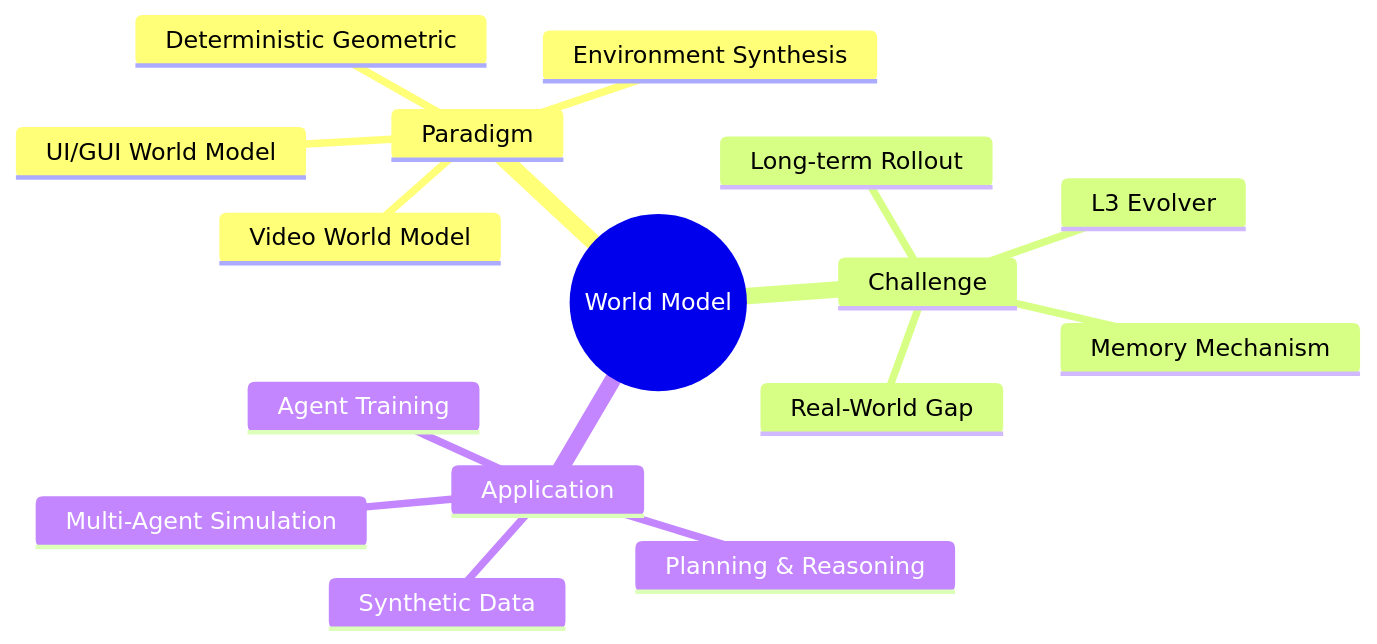
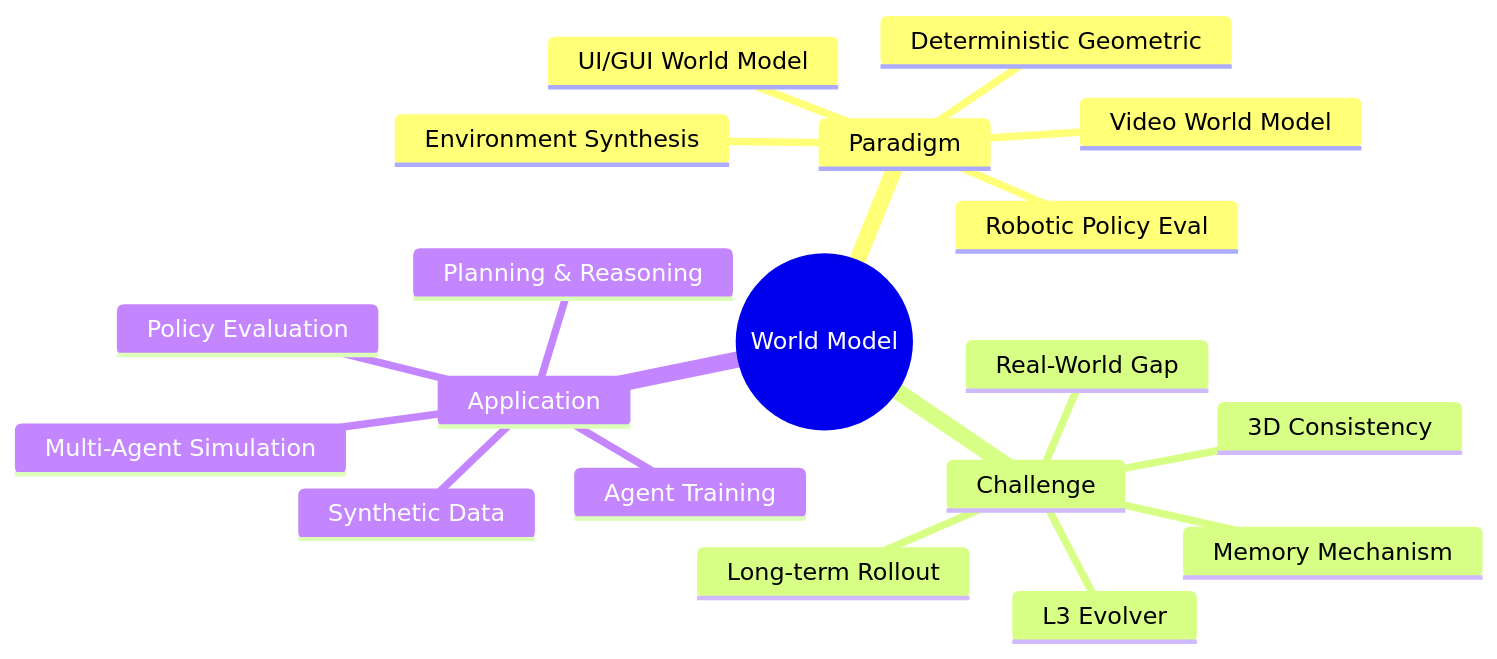
The diagram in DomainMaps/WorldModel.md (Kendrick-Stein/MCISLAB_DeepRead), drawn with Mermaid before and after one commit. The commit also changed other lines of this file and 275 other files, not shown here.

````diff
--- a/DomainMaps/WorldModel.md
+++ b/DomainMaps/WorldModel.md
@@ -14,19 +14,22 @@
 ```mermaid
 mindmap
   root((World Model))
     Paradigm
       Video World Model
       Deterministic Geometric
+      Robotic Policy Eval
       Environment Synthesis
       UI/GUI World Model
     Challenge
       Long-term Rollout
       Memory Mechanism
       L3 Evolver
       Real-World Gap
+      3D Consistency
     Application
       Agent Training
       Synthetic Data
+      Policy Evaluation
       Planning & Reasoning
       Multi-Agent Simulation
 ```
````
